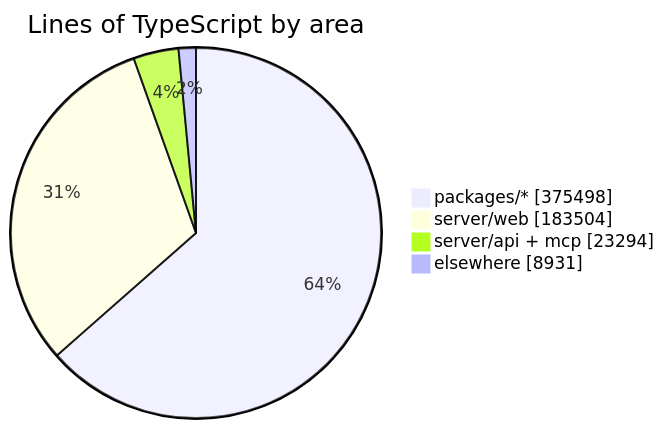
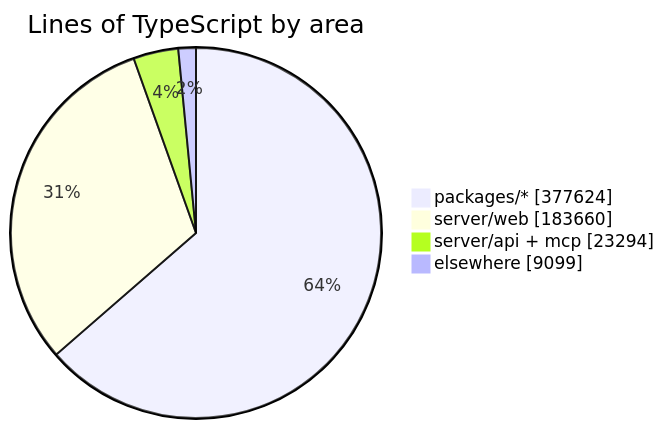
One commit to crossworks-engineering/mantle changed the diagram in README.md. Above: the diagram before and after it, drawn with Mermaid. The commit also changed other lines of this file and 2 other files, not shown here.

````diff
--- a/README.md
+++ b/README.md
@@ -294,7 +294,7 @@
 ```mermaid
 pie showData title Lines of TypeScript by area
-    "packages/*" : 375498
-    "server/web" : 183504
+    "packages/*" : 377624
+    "server/web" : 183660
     "server/api + mcp" : 23294
-    "elsewhere" : 8931
+    "elsewhere" : 9099
 ```
````
